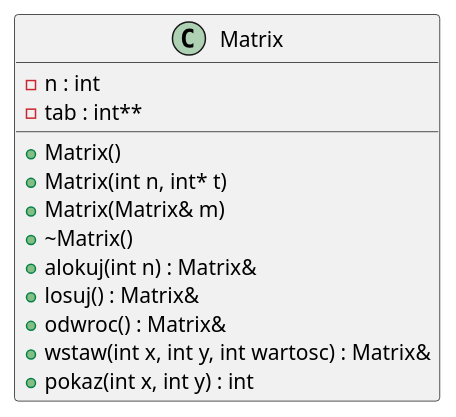
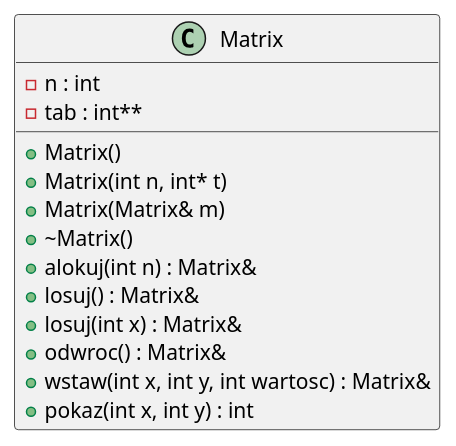
The diagram in inline_umlgraph_pnghtml.pu (kluchoo/Matrix), drawn with PlantUML before and after one commit. The commit also changed 9 other files, not shown here.

```diff
--- a/inline_umlgraph_pnghtml.pu
+++ b/inline_umlgraph_pnghtml.pu
@@ -1,16 +1,17 @@
 @startuml inline_umlgraph_1.png
 class Matrix {
 -n : int
 -tab : int**
 +Matrix()
 +Matrix(int n, int* t)
 +Matrix(Matrix& m)
 +~Matrix()
 +alokuj(int n) : Matrix&
 +losuj() : Matrix&
++losuj(int x) : Matrix&
 +odwroc() : Matrix&
 +wstaw(int x, int y, int wartosc) : Matrix&
 +pokaz(int x, int y) : int
 
 }
 @enduml
```
